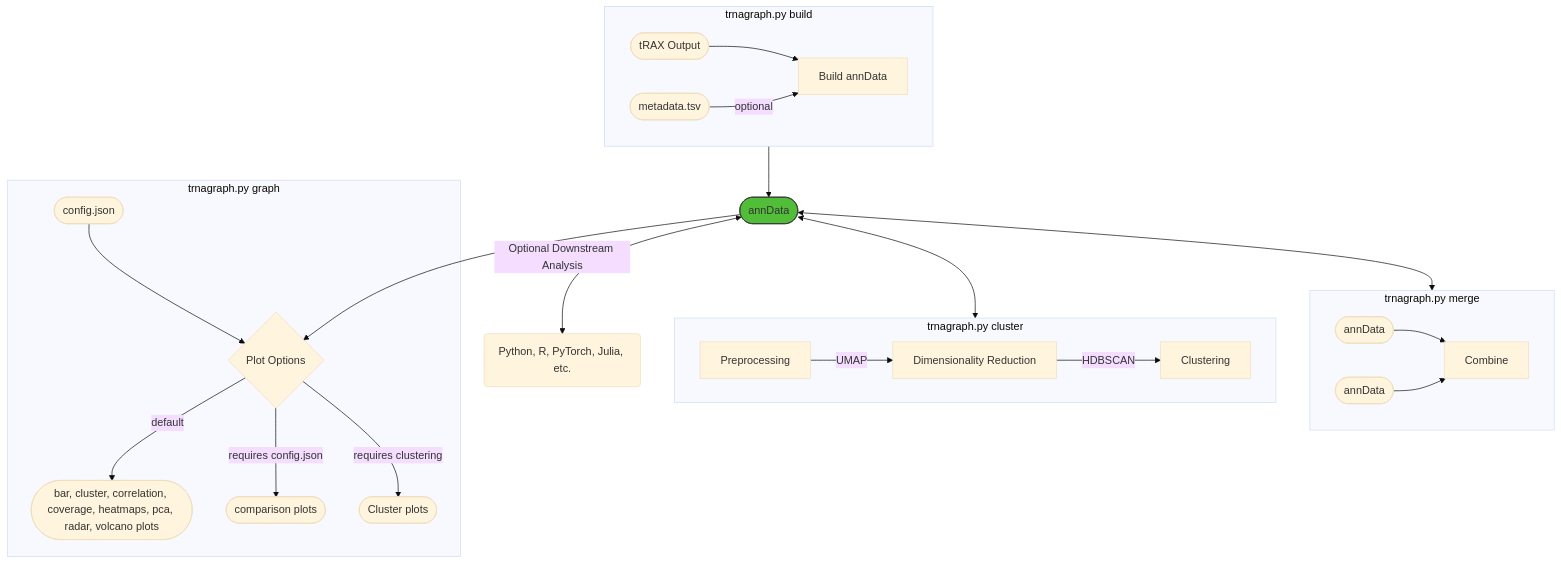
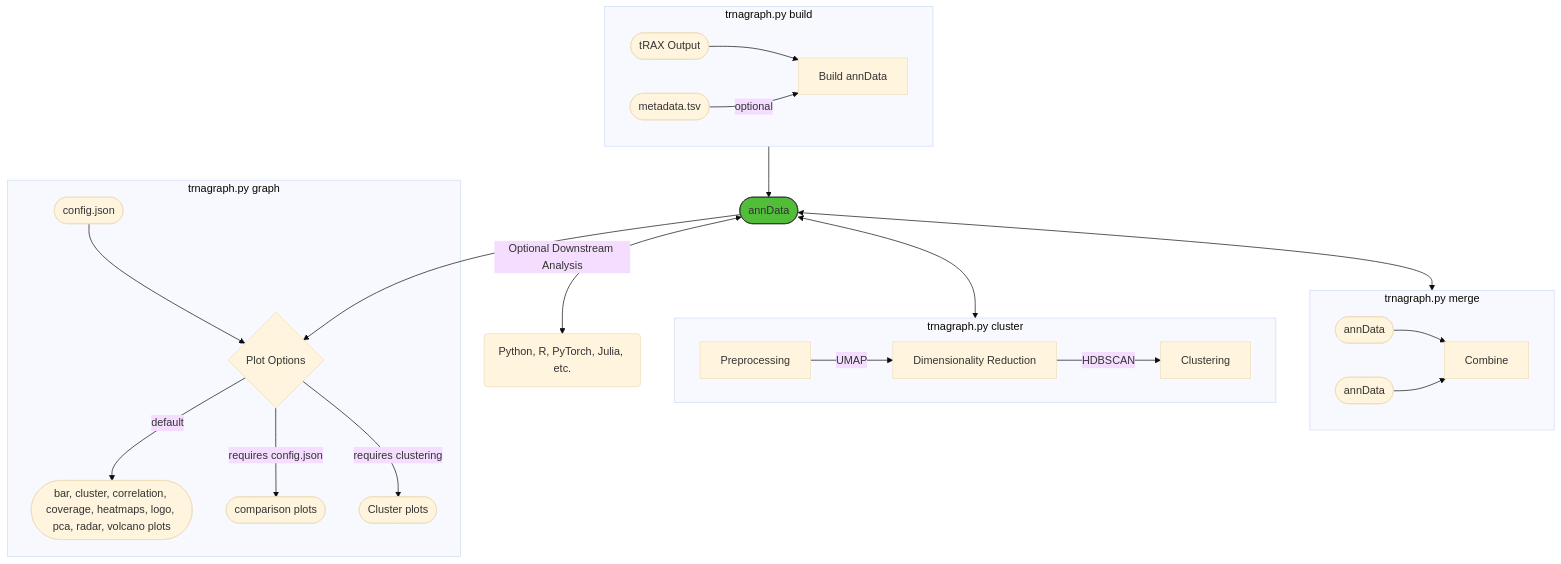
Before and after one commit to alba1735/tRNAgraph: the diagram in README.md, drawn with Mermaid (base theme). The commit also changed other lines of this file and 5 other files, not shown here.

Commit message:
added readstarts/ends to the coverage plots, fix for directory creation in specific circumstances, seqlogo updates, additional info added to AnnData object

````diff
--- a/README.md
+++ b/README.md
@@ -13,26 +13,26 @@
 ```mermaid
     flowchart TD
       subgraph sg1 [trnagraph.py build]
         I1([tRAX Output]) --> B[Build annData]
         M([metadata.tsv]) -->|optional| B
       end
       sg1 --> I2([annData])
       I2 <-->|Optional Downstream Analysis| R(Python, R, PyTorch, Julia, etc.)
       I2 <--> sg3
       subgraph sg3 [trnagraph.py cluster]
         C1[Preprocessing] -->|UMAP| C2[Dimensionality Reduction] -->|HDBSCAN| C3[Clustering] 
       end
       I2 <--> sg4
       subgraph sg4 [trnagraph.py merge]
         I3([annData]) --> C[Combine]
         I4([annData]) --> C
       end
       I2 --> G{Plot Options}
       subgraph sg2 [trnagraph.py graph]
-        G -->|default| G1([bar, cluster, correlation, coverage, heatmaps, pca, radar, volcano plots])
+        G -->|default| G1([bar, cluster, correlation, coverage, heatmaps, logo, pca, radar, volcano plots])
         G -->|requires config.json| G2([comparison plots])
         G -->|requires clustering| G3([Cluster plots])
         J([config.json]) --> G 
       end
       style I2 fill:#51BD38,stroke:#333
 ```
````
